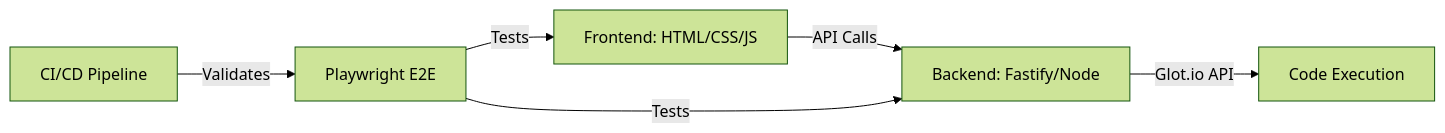
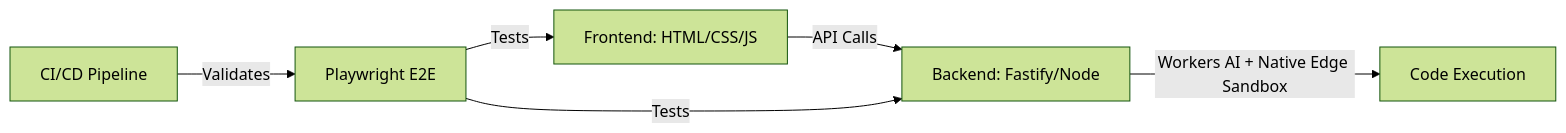
The diagram in README.md (PkLavc/codepulse-monorepo), drawn with Mermaid (forest theme) before and after one commit. The commit also changed other lines of this file and 4 other files, not shown here.

First line of the commit message:
feat: migrate worker execution to Cloudflare native and Workers AI

````diff
--- a/README.md
+++ b/README.md
@@ -84,8 +81,8 @@
 ```mermaid
 graph LR
     A[Frontend: HTML/CSS/JS] -->|API Calls| B[Backend: Fastify/Node]
-    B -->|Glot.io API| C[Code Execution]
+    B -->|Workers AI + Native Edge Sandbox| C[Code Execution]
     D[Playwright E2E] -->|Tests| A
     D -->|Tests| B
     E[CI/CD Pipeline] -->|Validates| D
 ```
````
